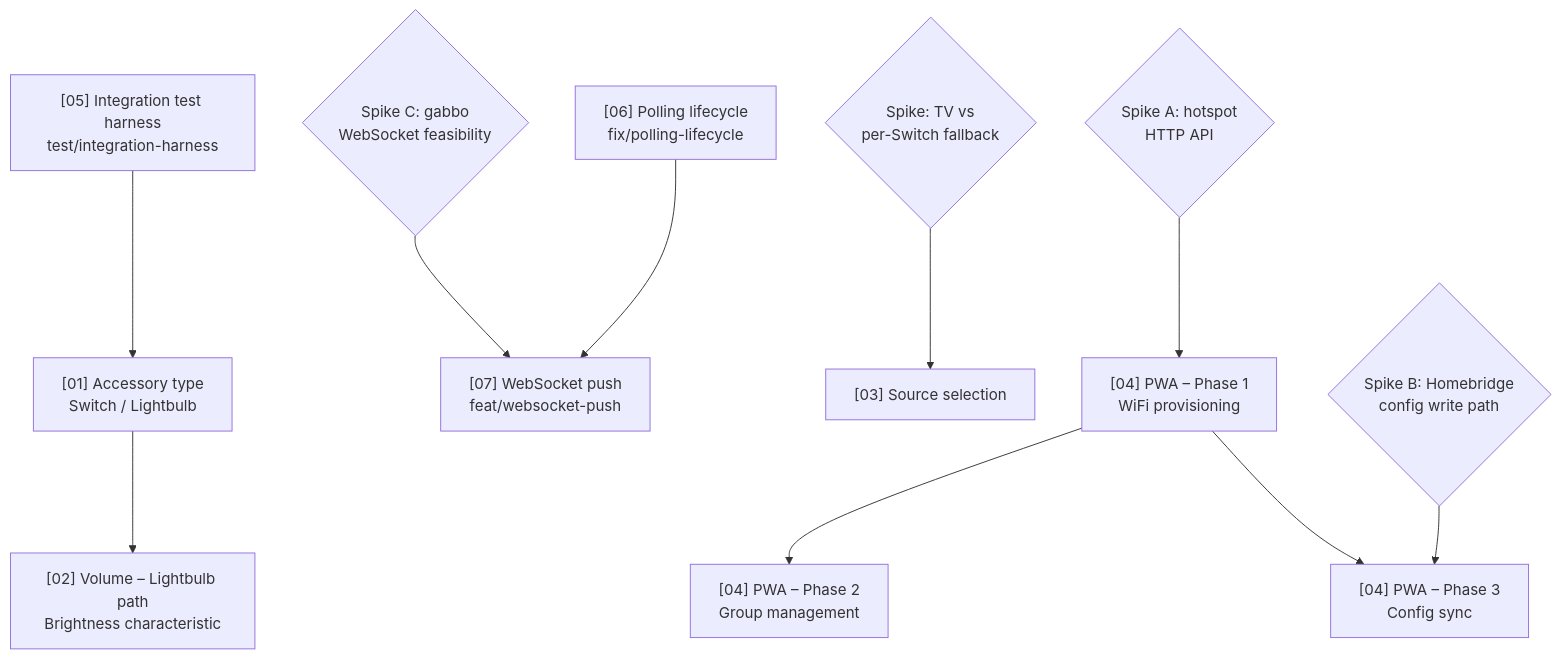
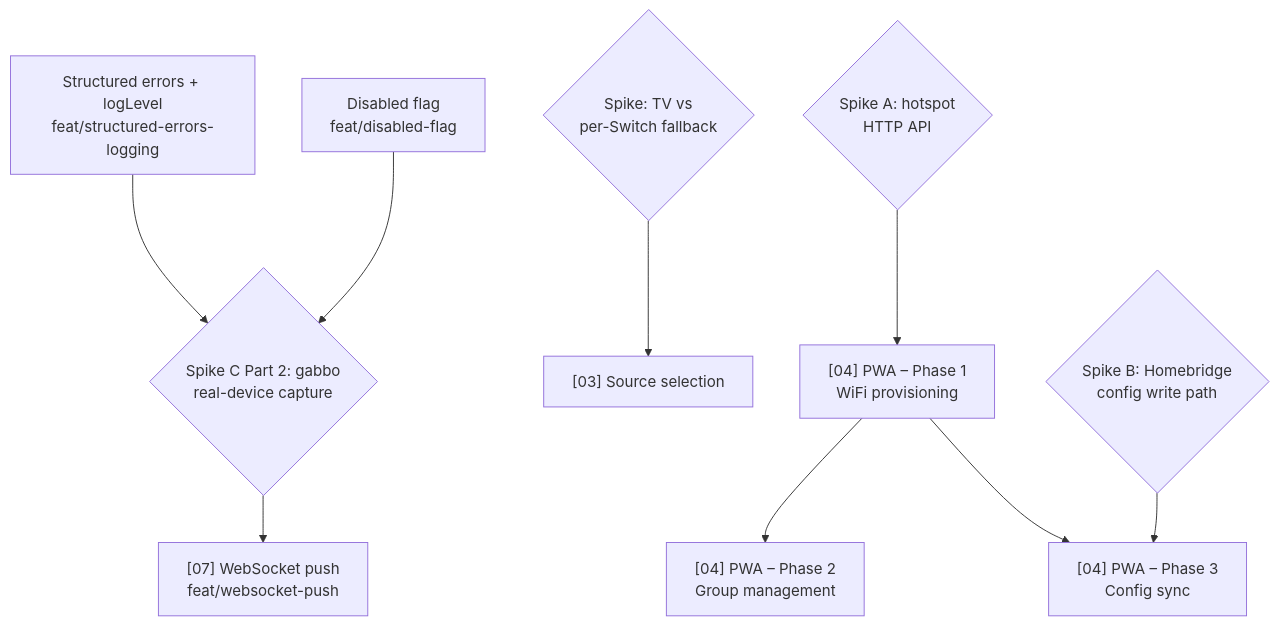
The diagram in .claude/skills/technical-lead/ROADMAP.md (forktrucka/homebridge-soundtouch-speaker), drawn with Mermaid before and after one commit. The commit also changed other lines of this file and 1 other file, not shown here.

Commit message:
docs: strip done items from roadmap; skill now enforces removal on closure

````diff
--- a/.claude/skills/technical-lead/ROADMAP.md
+++ b/.claude/skills/technical-lead/ROADMAP.md
@@ -11,26 +12,23 @@
 ```mermaid
 flowchart TD
-    HarnessNode["[05] Integration test harness\ntest/integration-harness"]
-    AccessoryTypeNode["[01] Accessory type\nSwitch / Lightbulb"]
-    VolLightbulbNode["[02] Volume – Lightbulb path\nBrightness characteristic"]
-    PollingNode["[06] Polling lifecycle\nfix/polling-lifecycle"]
-    SpikeC{"Spike C: gabbo\nWebSocket feasibility"}
+    DisabledNode["Disabled flag\nfeat/disabled-flag"]
+    LoggingNode["Structured errors + logLevel\nfeat/structured-errors-logging"]
+    SpikeC{"Spike C Part 2: gabbo\nreal-device capture"}
     WSNode["[07] WebSocket push\nfeat/websocket-push"]
     SpikeTV{"Spike: TV vs\nper-Switch fallback"}
     SourceNode["[03] Source selection"]
     SpikeA{"Spike A: hotspot\nHTTP API"}
     SpikeB{"Spike B: Homebridge\nconfig write path"}
     PWA1Node["[04] PWA – Phase 1\nWiFi provisioning"]
     PWA2Node["[04] PWA – Phase 2\nGroup management"]
     PWA3Node["[04] PWA – Phase 3\nConfig sync"]
 
-    HarnessNode --> AccessoryTypeNode
-    AccessoryTypeNode --> VolLightbulbNode
-    PollingNode --> WSNode
+    DisabledNode --> SpikeC
+    LoggingNode --> SpikeC
     SpikeC --> WSNode
     SpikeTV --> SourceNode
     SpikeA --> PWA1Node
     PWA1Node --> PWA2Node
     SpikeB --> PWA3Node
     PWA1Node --> PWA3Node
 ```
````
